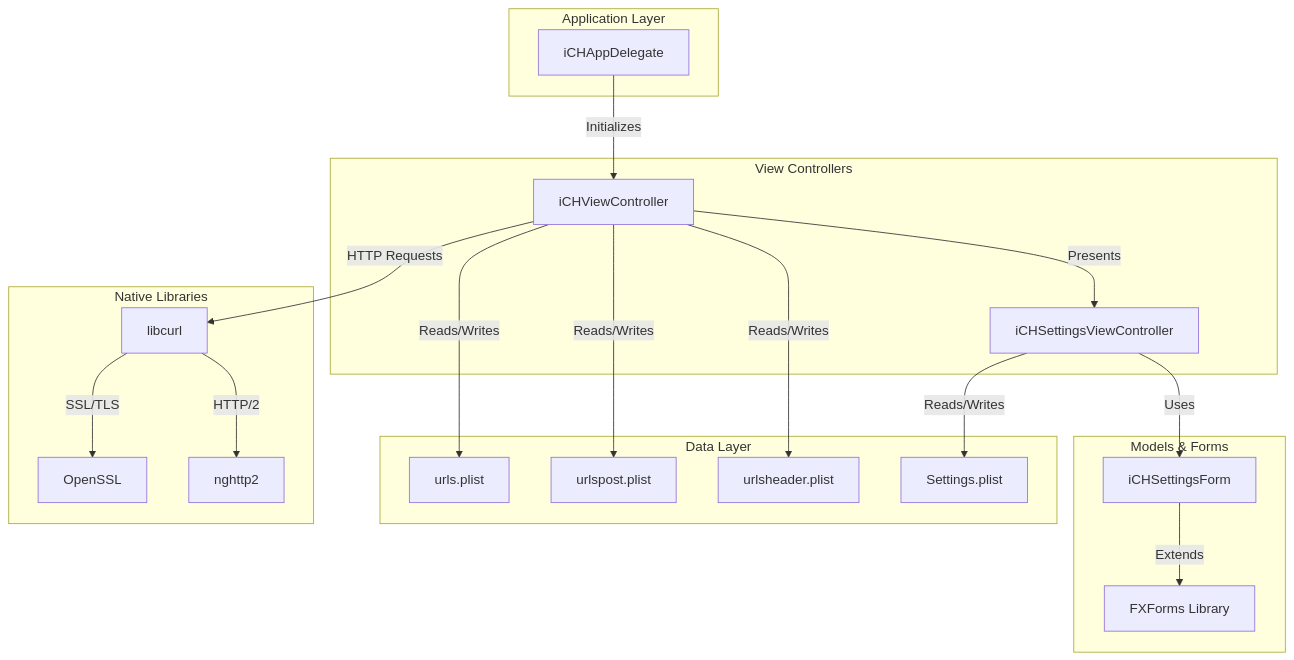
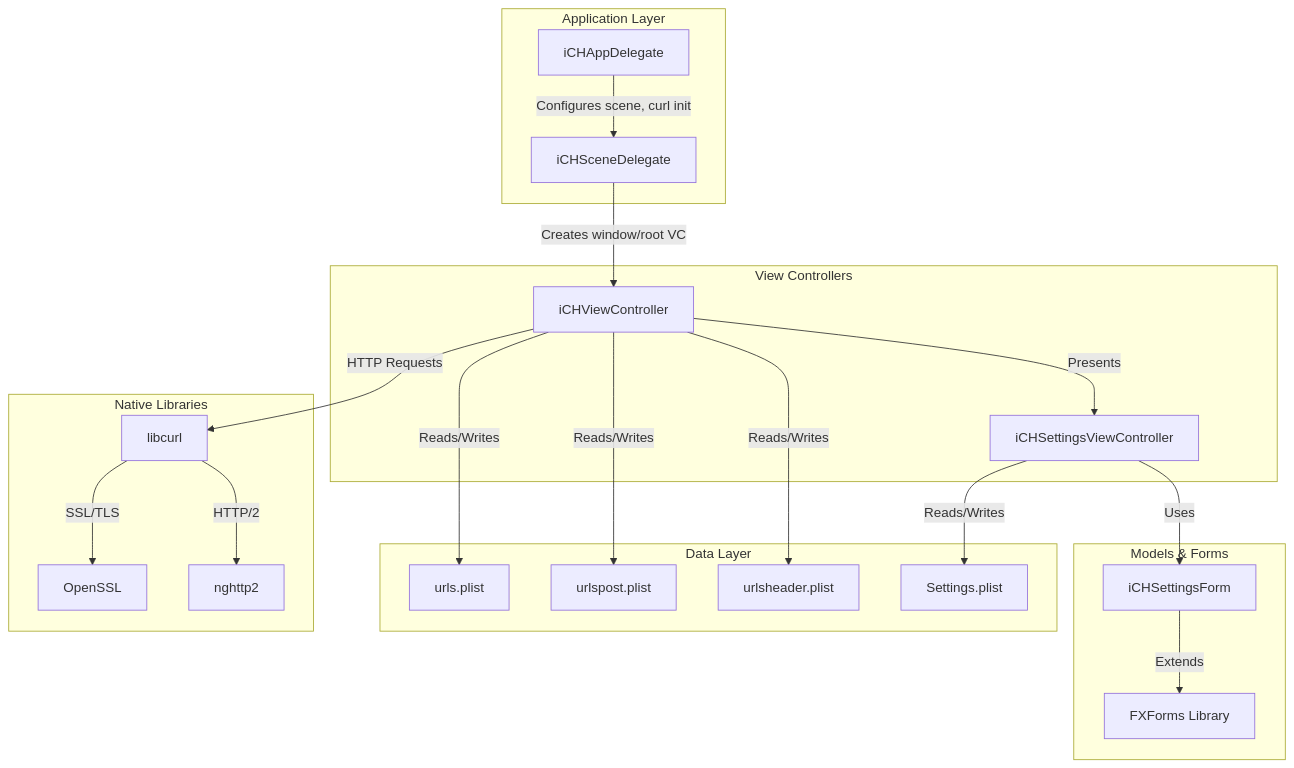
The first of 9 diagrams in DESIGN.md (jasonacox/iCurlHTTP), drawn with Mermaid before and after one commit. The commit also changed other lines of this file, not shown here.

````diff
--- a/DESIGN.md
+++ b/DESIGN.md
@@ -24,43 +24,45 @@
 ```mermaid
 graph TB
     subgraph "Application Layer"
         AppDelegate[iCHAppDelegate]
+        SceneDelegate[iCHSceneDelegate]
     end
     
     subgraph "View Controllers"
         MainVC[iCHViewController]
         SettingsVC[iCHSettingsViewController]
     end
     
     subgraph "Models & Forms"
         SettingsForm[iCHSettingsForm]
         FXForms[FXForms Library]
     end
     
     subgraph "Data Layer"
         URLs[urls.plist]
         POST[urlspost.plist]
         HEADER[urlsheader.plist]
         Settings[Settings.plist]
     end
     
     subgraph "Native Libraries"
         libcurl[libcurl]
         OpenSSL[OpenSSL]
         nghttp2[nghttp2]
     end
     
-    AppDelegate -->|Initializes| MainVC
+    AppDelegate -->|Configures scene, curl init| SceneDelegate
+    SceneDelegate -->|Creates window/root VC| MainVC
     MainVC -->|Presents| SettingsVC
     SettingsVC -->|Uses| SettingsForm
     SettingsForm -->|Extends| FXForms
     
     MainVC -->|Reads/Writes| URLs
     MainVC -->|Reads/Writes| POST
     MainVC -->|Reads/Writes| HEADER
     SettingsVC -->|Reads/Writes| Settings
     
     MainVC -->|HTTP Requests| libcurl
     libcurl -->|SSL/TLS| OpenSSL
     libcurl -->|HTTP/2| nghttp2
 ```
````
